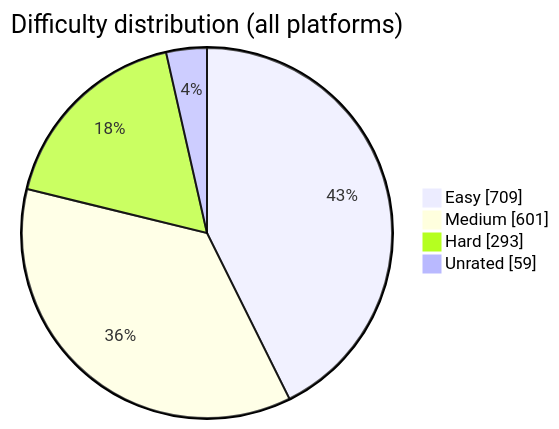
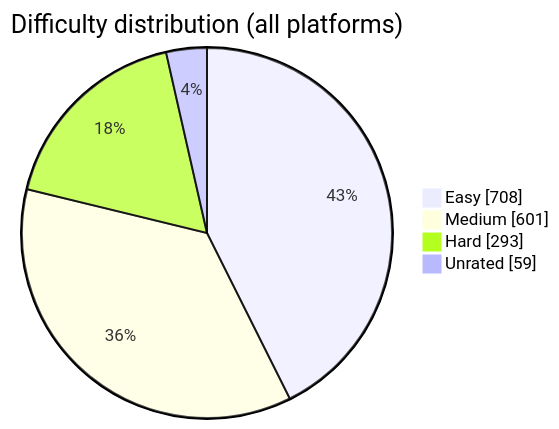
One commit to BuildbyArindam/Daily-Coding-Log changed the diagram in README.md. Above: the diagram before and after it, drawn with Mermaid. The commit also changed other lines of this file, not shown here.

````diff
--- a/README.md
+++ b/README.md
@@ -93,7 +93,7 @@
 ```mermaid
 pie showData title Difficulty distribution (all platforms)
-    "Easy" : 709
+    "Easy" : 708
     "Medium" : 601
     "Hard" : 293
     "Unrated" : 59
 ```
````
